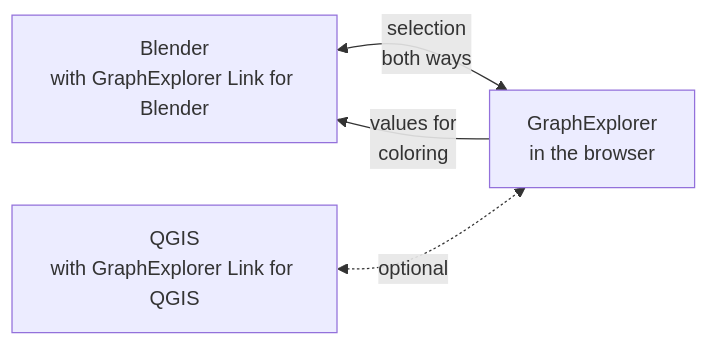
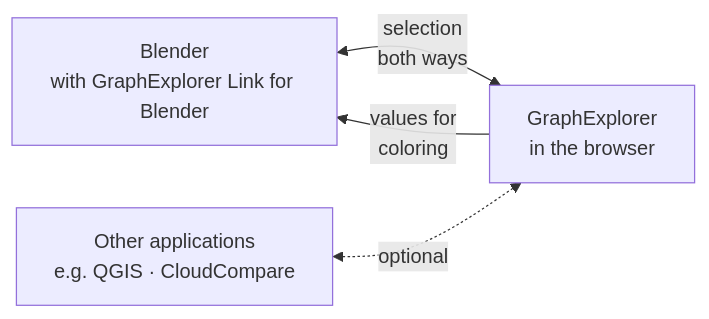
One commit to oeai-dac/GraphExplorer_Blender changed the diagram in README.md. Above: the diagram before and after it, drawn with Mermaid. The commit also changed other lines of this file and 9 other files, not shown here.

````diff
--- a/README.md
+++ b/README.md
@@ -37,6 +37,6 @@
 ```mermaid
 flowchart LR
     B["Blender<br/>with GraphExplorer Link for Blender"] <-- "selection<br/>both ways" --> G["GraphExplorer<br/>in the browser"]
-    Q["QGIS<br/>with GraphExplorer Link for QGIS"] <-. "optional" .-> G
+    O["Other applications<br/>e.g. QGIS · CloudCompare"] <-. "optional" .-> G
     G -- "values for<br/>coloring" --> B
 ```
````
